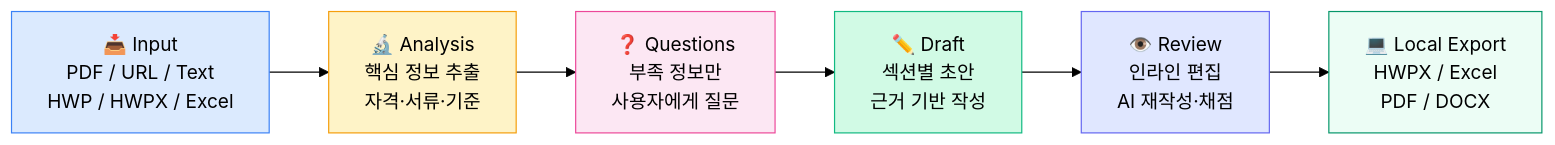
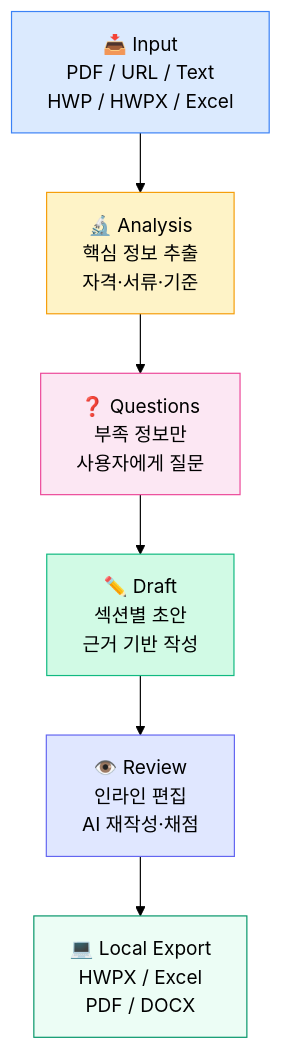
Before and after one commit to mingyugim090-debug/DockLive: the fourth of 6 diagrams in README.md, drawn with Mermaid (forest theme). The commit also changed other lines of this file, not shown here.

Commit message:
docs: Production URL InsForge로 변경 및 Mermaid 다이어그램 짤림 현상 수정 (TB 레이아웃 적용)

````diff
--- a/README.md
+++ b/README.md
@@ -266,18 +266,18 @@
 ```mermaid
-flowchart LR
+flowchart TB
     A["📥 Input<br/>PDF / URL / Text<br/>HWP / HWPX / Excel"]
     B["🔬 Analysis<br/>핵심 정보 추출<br/>자격·서류·기준"]
     C["❓ Questions<br/>부족 정보만<br/>사용자에게 질문"]
     D["✏️ Draft<br/>섹션별 초안<br/>근거 기반 작성"]
     E["👁️ Review<br/>인라인 편집<br/>AI 재작성·채점"]
     F["💻 Local Export<br/>HWPX / Excel<br/>PDF / DOCX"]
 
     A --> B --> C --> D --> E --> F
 
     style A fill:#dbeafe,stroke:#3b82f6,color:#000
     style B fill:#fef3c7,stroke:#f59e0b,color:#000
     style C fill:#fce7f3,stroke:#ec4899,color:#000
     style D fill:#d1fae5,stroke:#10b981,color:#000
     style E fill:#e0e7ff,stroke:#6366f1,color:#000
     style F fill:#ecfdf5,stroke:#059669,color:#000
 ```
````
